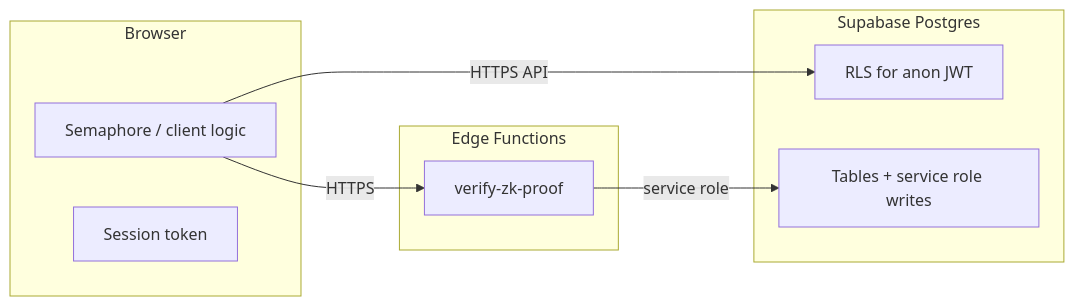
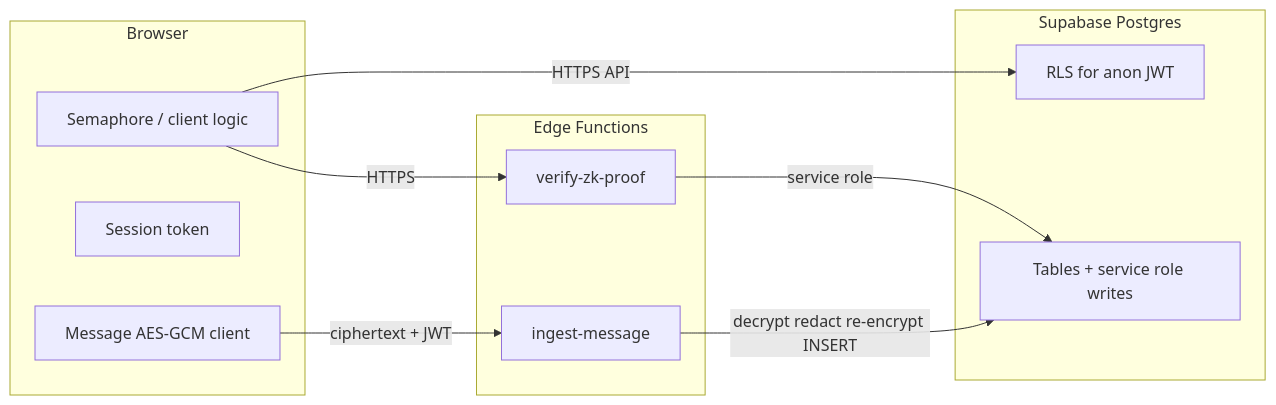
Before and after one commit to brass4698-coder/squadridge-v1: the diagram in docs/security/threat-model.md, drawn with Mermaid. The commit also changed other lines of this file and 36 other files, not shown here.

````diff
--- a/docs/security/threat-model.md
+++ b/docs/security/threat-model.md
@@ -56,17 +56,21 @@
 ```mermaid
 flowchart LR
   subgraph client [Browser]
     A[Semaphore / client logic]
     B[Session token]
+    M[Message AES-GCM client]
   end
   subgraph edge [Edge Functions]
     C[verify-zk-proof]
+    I[ingest-message]
   end
   subgraph db [Supabase Postgres]
     D[RLS for anon JWT]
     E[Tables + service role writes]
   end
   A -->|HTTPS| C
   A -->|HTTPS API| D
+  M -->|ciphertext + JWT| I
   C -->|service role| E
+  I -->|decrypt redact re-encrypt INSERT| E
 ```
````
